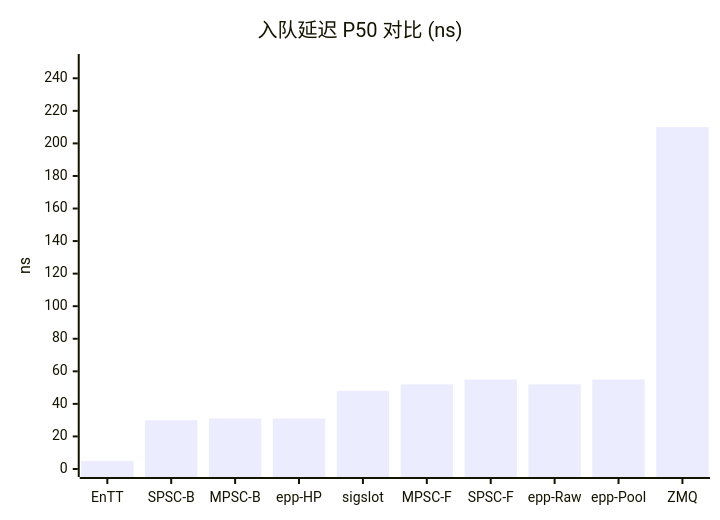
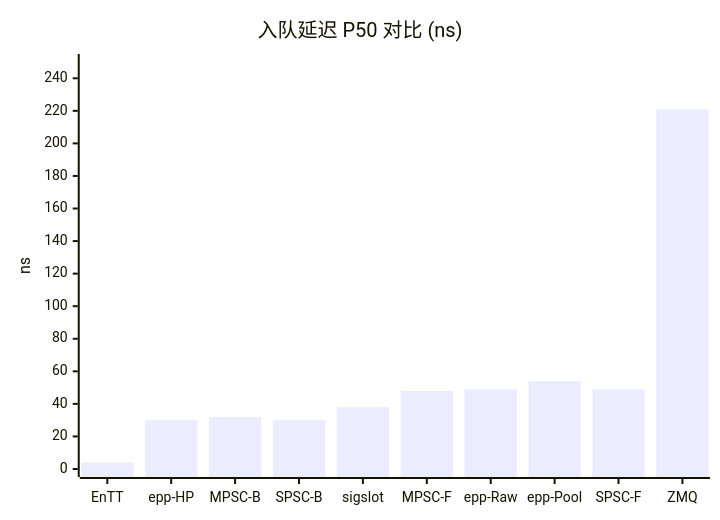
Before and after one commit to DeguiLiu/mccc: the second of 4 diagrams in docs/competitive_analysis.md, drawn with Mermaid. The commit also changed other lines of this file and 17 other files, not shown here.

````diff
--- a/docs/competitive_analysis.md
+++ b/docs/competitive_analysis.md
@@ -172,7 +172,7 @@
 ```mermaid
 xychart-beta
     title "入队延迟 P50 对比 (ns)"
-    x-axis ["EnTT", "SPSC-B", "MPSC-B", "epp-HP", "sigslot", "MPSC-F", "SPSC-F", "epp-Raw", "epp-Pool", "ZMQ"]
+    x-axis ["EnTT", "epp-HP", "MPSC-B", "SPSC-B", "sigslot", "MPSC-F", "epp-Raw", "epp-Pool", "SPSC-F", "ZMQ"]
     y-axis "ns" 0 --> 250
-    bar [5, 30, 31, 31, 48, 52, 55, 52, 55, 210]
+    bar [4, 30, 32, 30, 38, 48, 49, 54, 49, 221]
 ```
````
